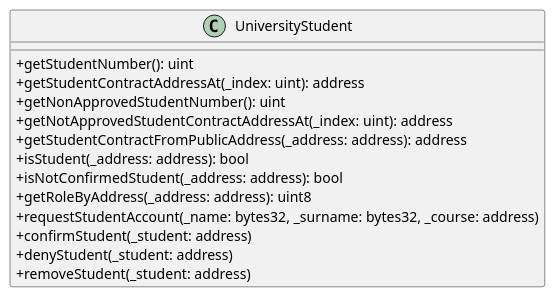
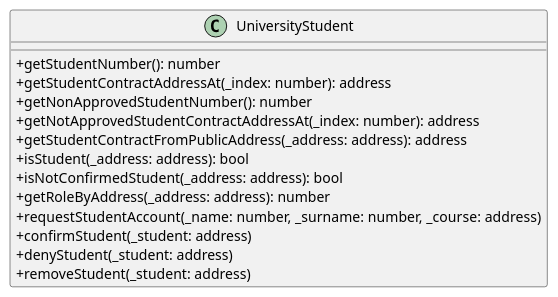
The diagram in web3function/file/UniversityStudent.iuml (M9k/Marvin-Uml), drawn with PlantUML before and after one commit. The commit also changed 13 other files, not shown here.

```diff
--- a/web3function/file/UniversityStudent.iuml
+++ b/web3function/file/UniversityStudent.iuml
@@ -1,17 +1,17 @@
 @startuml
 skinparam classAttributeIconSize 0
 class UniversityStudent {
-+ getStudentNumber(): uint
-+ getStudentContractAddressAt(_index: uint): address
-+ getNonApprovedStudentNumber(): uint
-+ getNotApprovedStudentContractAddressAt(_index: uint): address
++ getStudentNumber(): number
++ getStudentContractAddressAt(_index: number): address
++ getNonApprovedStudentNumber(): number
++ getNotApprovedStudentContractAddressAt(_index: number): address
 + getStudentContractFromPublicAddress(_address: address): address
 + isStudent(_address: address): bool
 + isNotConfirmedStudent(_address: address): bool
-+ getRoleByAddress(_address: address): uint8
-+ requestStudentAccount(_name: bytes32, _surname: bytes32, _course: address)
++ getRoleByAddress(_address: address): number
++ requestStudentAccount(_name: number, _surname: number, _course: address)
 + confirmStudent(_student: address)
 + denyStudent(_student: address)
 + removeStudent(_student: address)
 }
 @enduml
```
